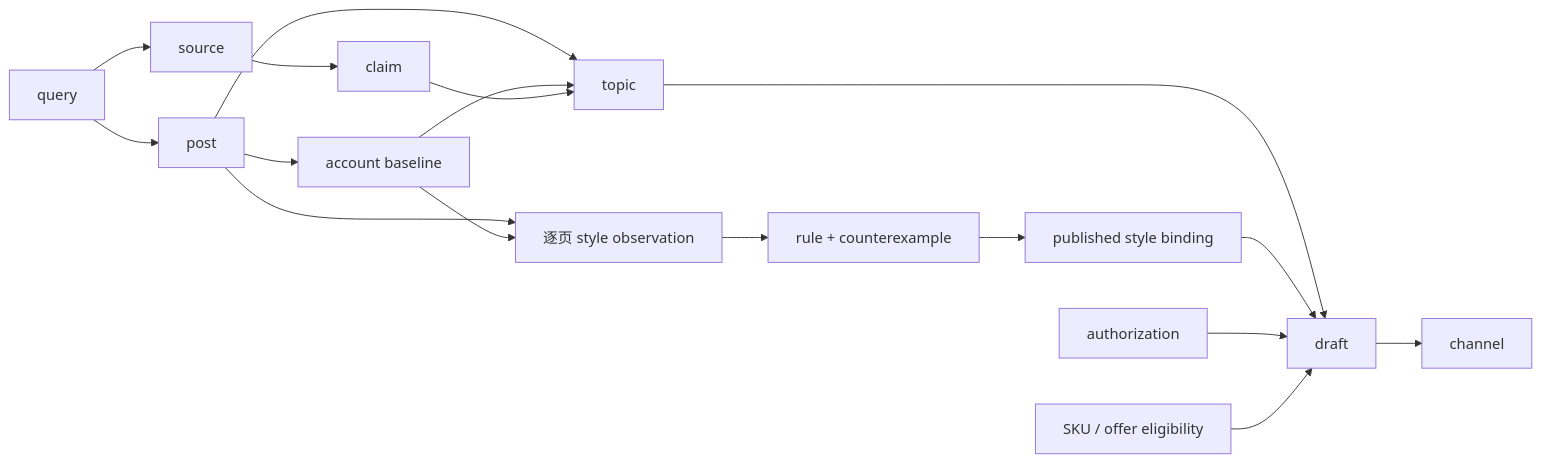
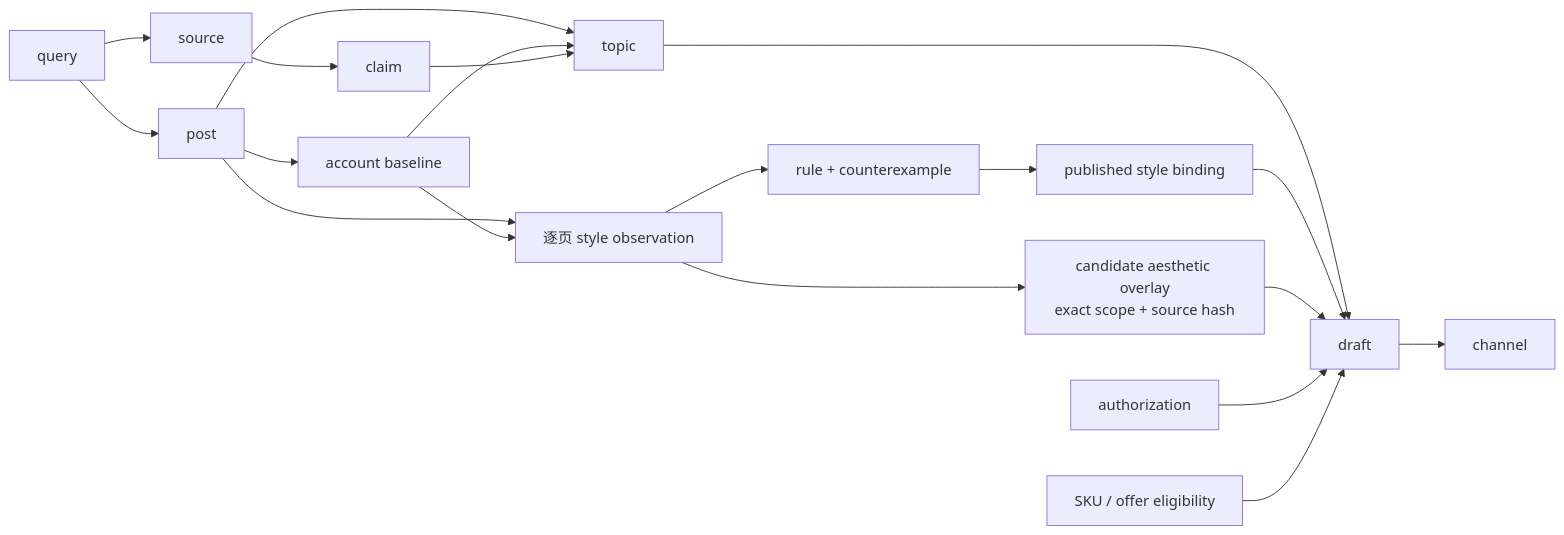
The second of 2 diagrams in README.md (Sciiaok/redbook-writing-skill), drawn with Mermaid before and after one commit. The commit also changed other lines of this file and 33 other files, not shown here.

````diff
--- a/README.md
+++ b/README.md
@@ -296,19 +322,21 @@
 ```mermaid
 flowchart LR
     Q["query"] --> S["source"]
     S --> C["claim"]
     Q --> P["post"]
     P --> A["account baseline"]
     P --> ST["逐页 style observation"]
     A --> ST
     ST --> R["rule + counterexample"]
+    ST --> AP["candidate aesthetic overlay<br/>exact scope + source hash"]
     P --> T["topic"]
     A --> T
     C --> T
     T --> D["draft"]
     R --> B["published style binding"]
     B --> D
+    AP --> D
     AU["authorization"] --> D
     SKU["SKU / offer eligibility"] --> D
     D --> CH["channel"]
 ```
````
